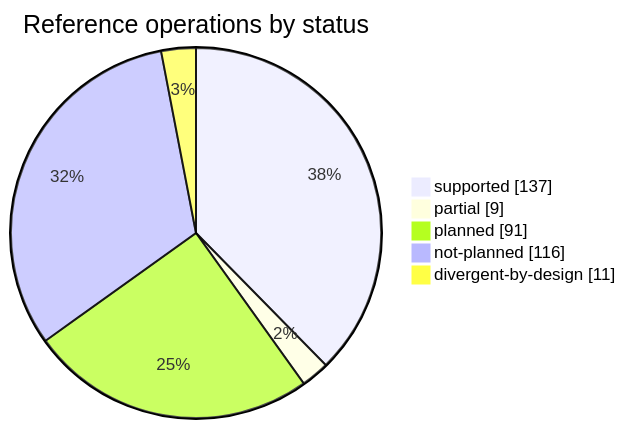
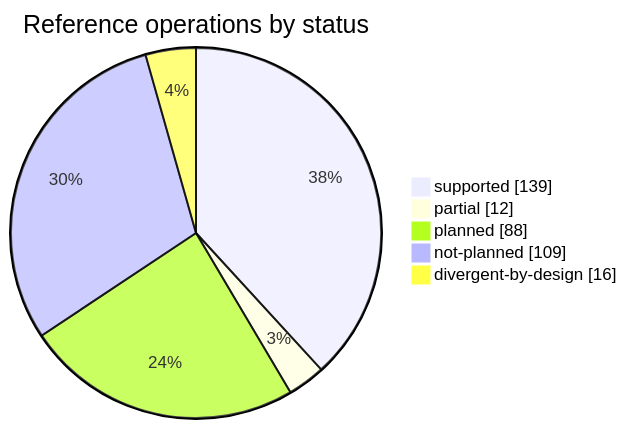
The first of 2 diagrams in docs/COVERAGE.md (rafaelvieiras/tinyfin), drawn with Mermaid before and after one commit. The commit also changed other lines of this file and 26 other files, not shown here.

````diff
--- a/docs/COVERAGE.md
+++ b/docs/COVERAGE.md
@@ -32,8 +32,8 @@
 ```mermaid
 pie showData title Reference operations by status
-    "supported" : 137
-    "partial" : 9
-    "planned" : 91
-    "not-planned" : 116
-    "divergent-by-design" : 11
+    "supported" : 139
+    "partial" : 12
+    "planned" : 88
+    "not-planned" : 109
+    "divergent-by-design" : 16
 ```
````
